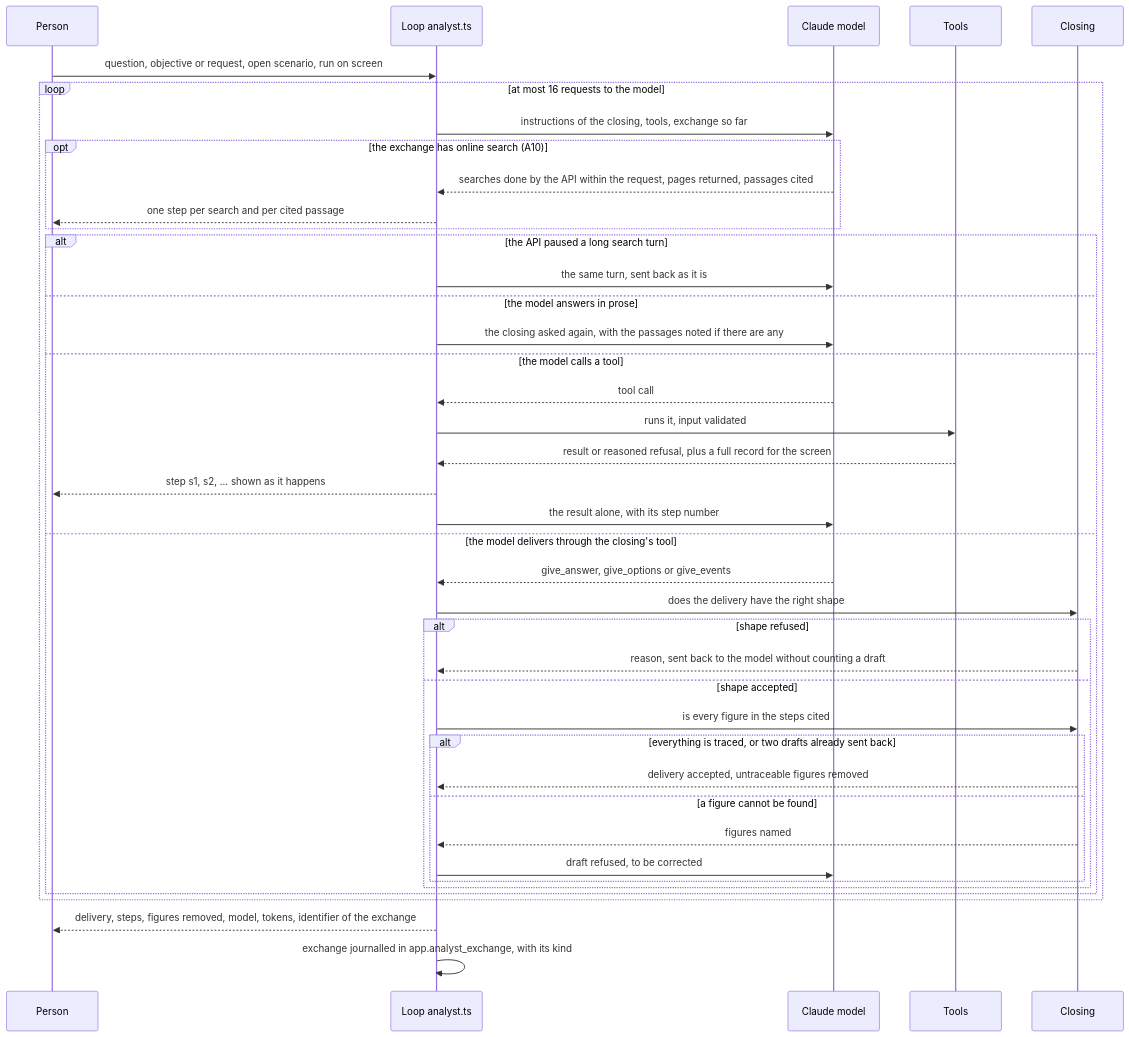
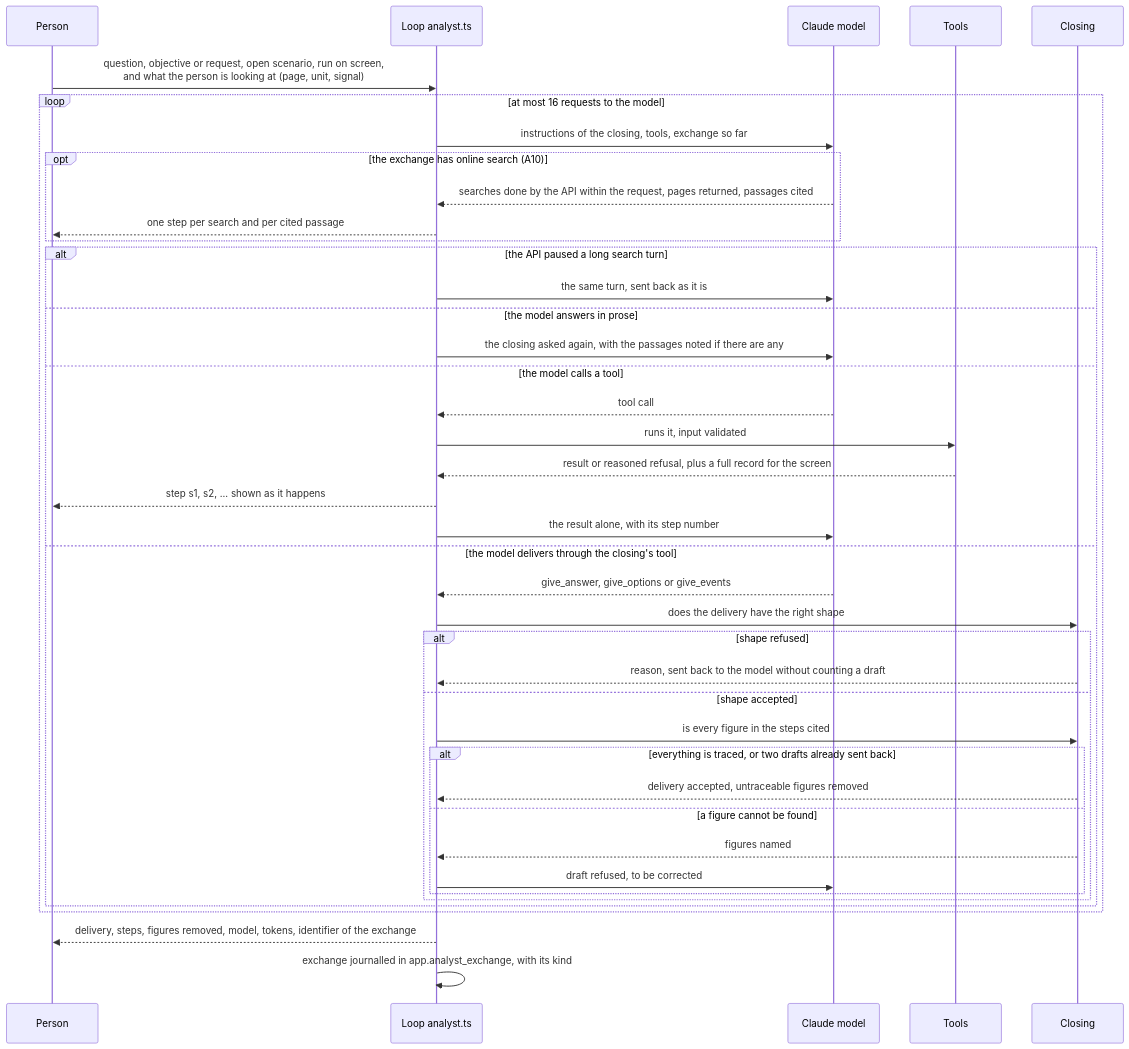
The first of 31 diagrams in frontend/content/docs/product/algorithms.md (V1ktor7/obscyro), drawn with Mermaid before and after one commit. The commit also changed other lines of this file and 23 other files, not shown here.

````diff
--- a/frontend/content/docs/product/algorithms.md
+++ b/frontend/content/docs/product/algorithms.md
@@ -61,43 +62,43 @@
 ```mermaid
 sequenceDiagram
     participant P as Person
     participant B as Loop analyst.ts
     participant M as Claude model
     participant O as Tools
     participant C as Closing
-    P->>B: question, objective or request, open scenario, run on screen
+    P->>B: question, objective or request, open scenario, run on screen,<br/>and what the person is looking at (page, unit, signal)
     loop at most 16 requests to the model
         B->>M: instructions of the closing, tools, exchange so far
         opt the exchange has online search (A10)
             M-->>B: searches done by the API within the request, pages returned, passages cited
             B-->>P: one step per search and per cited passage
         end
         alt the API paused a long search turn
             B->>M: the same turn, sent back as it is
         else the model answers in prose
             B->>M: the closing asked again, with the passages noted if there are any
         else the model calls a tool
             M-->>B: tool call
             B->>O: runs it, input validated
             O-->>B: result or reasoned refusal, plus a full record for the screen
             B-->>P: step s1, s2, ... shown as it happens
             B->>M: the result alone, with its step number
         else the model delivers through the closing's tool
             M-->>B: give_answer, give_options or give_events
             B->>C: does the delivery have the right shape
             alt shape refused
                 C-->>B: reason, sent back to the model without counting a draft
             else shape accepted
                 B->>C: is every figure in the steps cited
                 alt everything is traced, or two drafts already sent back
                     C-->>B: delivery accepted, untraceable figures removed
                 else a figure cannot be found
                     C-->>B: figures named
                     B->>M: draft refused, to be corrected
                 end
             end
         end
     end
     B-->>P: delivery, steps, figures removed, model, tokens, identifier of the exchange
     B->>B: exchange journalled in app.analyst_exchange, with its kind
 ```
````
